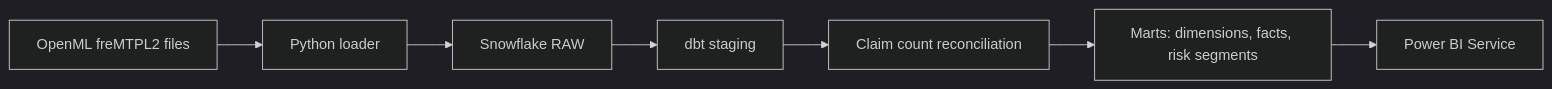
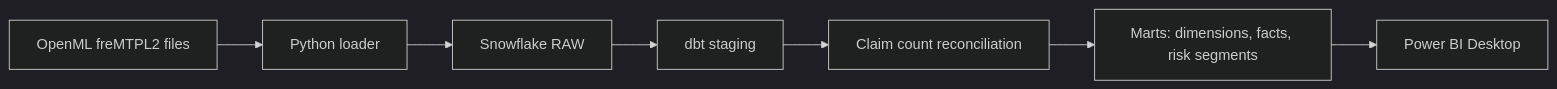
One commit to ccaammiilloo/insurance-claims-analytics-snowflake-dbt changed the diagram in README.md. Above: the diagram before and after it, drawn with Mermaid (dark theme). The commit also changed other lines of this file and 74 other files, not shown here.

First line of the commit message:
Add Power BI Desktop project for the insurance Snowflake marts.

````diff
--- a/README.md
+++ b/README.md
@@ -11,9 +11,9 @@
 ```mermaid
 flowchart LR
   A[OpenML freMTPL2 files] --> B[Python loader]
   B --> C[Snowflake RAW]
   C --> D[dbt staging]
   D --> E[Claim count reconciliation]
   E --> F[Marts: dimensions, facts, risk segments]
-  F --> G[Power BI Service]
+  F --> G[Power BI Desktop]
 ```
````
